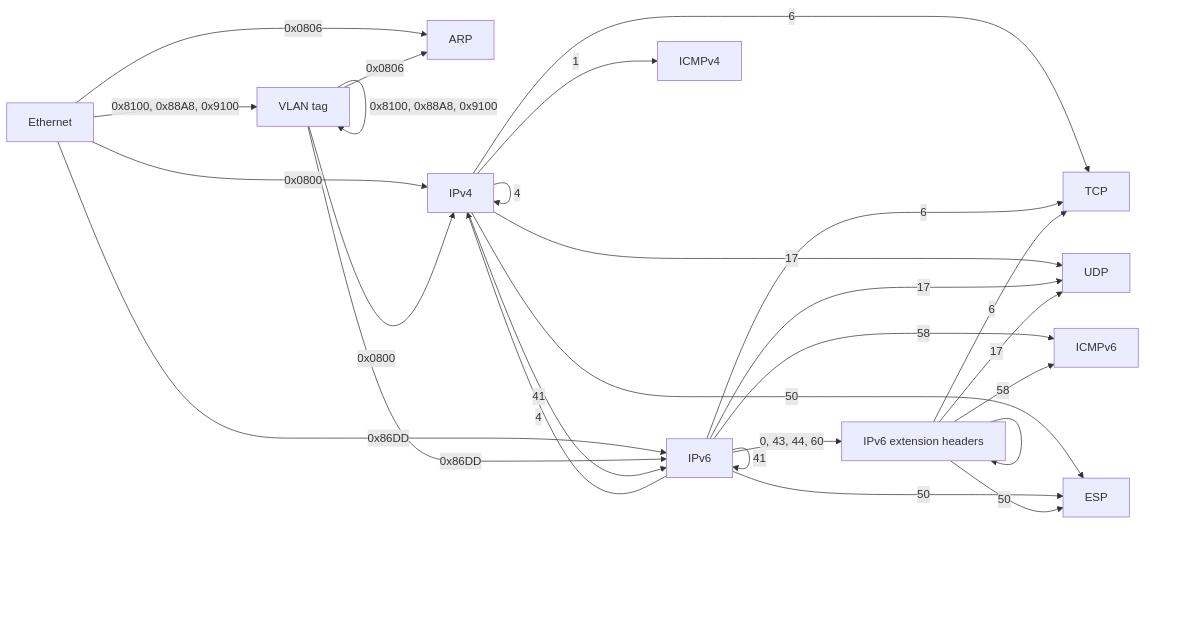
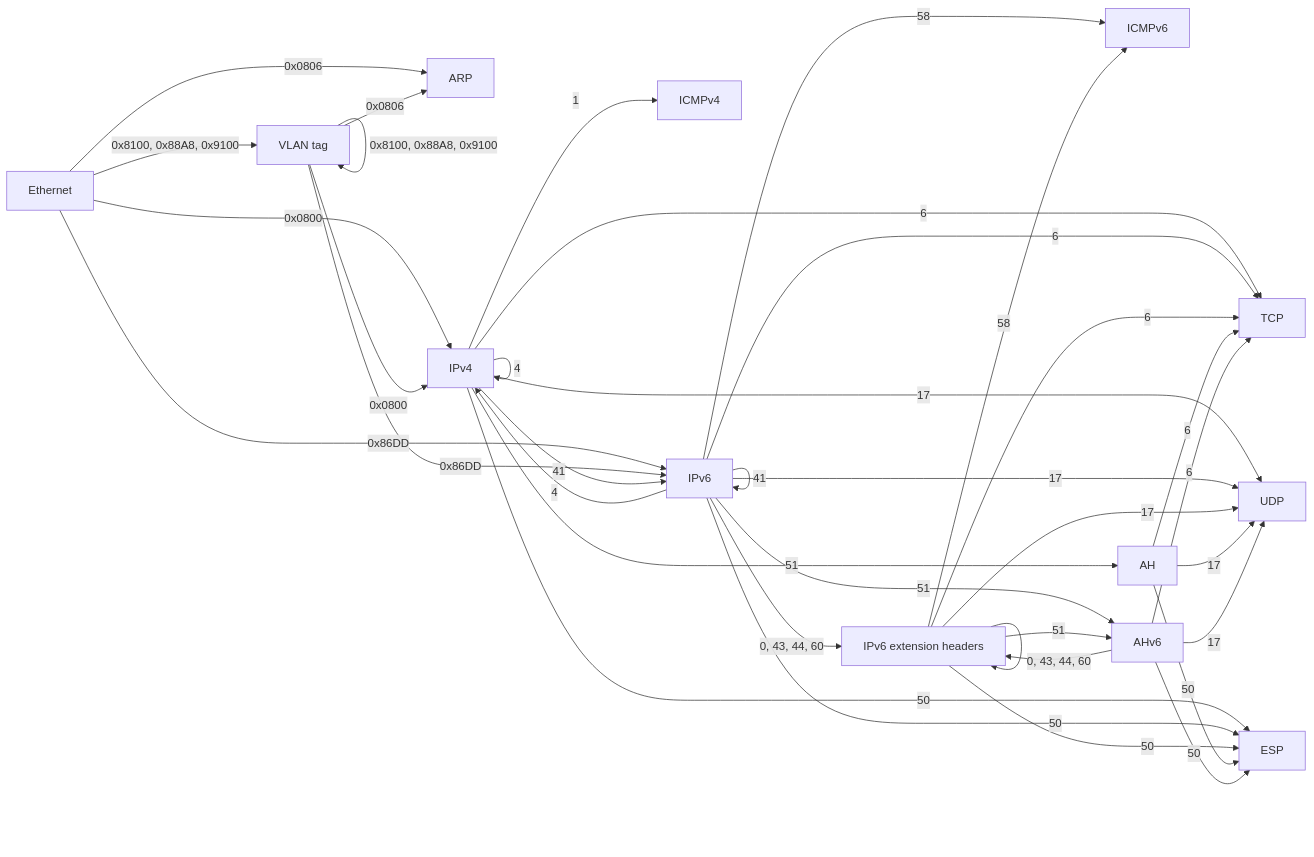
Before and after one commit to EONRaider/NETProtocols: the diagram in ARCHITECTURE.md, drawn with Mermaid. The commit also changed other lines of this file and 28 other files, not shown here.

````diff
--- a/ARCHITECTURE.md
+++ b/ARCHITECTURE.md
@@ -226,29 +226,39 @@
 ```mermaid
 flowchart LR
   E[Ethernet] -->|0x0806| A[ARP]
   E -->|0x0800| I4[IPv4]
   E -->|0x86DD| I6[IPv6]
   E -->|0x8100, 0x88A8, 0x9100| V[VLAN tag]
   V -->|0x8100, 0x88A8, 0x9100| V
   V -->|0x0806| A
   V -->|0x0800| I4
   V -->|0x86DD| I6
   I4 -->|1| IC4[ICMPv4]
   I4 -->|6| T[TCP]
   I4 -->|17| U[UDP]
   I6 -->|58| IC6[ICMPv6]
   I6 -->|6| T
   I6 -->|17| U
   I4 -->|4| I4
   I4 -->|41| I6
   I6 -->|4| I4
   I6 -->|41| I6
   I4 -->|50| ESP[ESP]
   I6 -->|50| ESP
   I6 -->|0, 43, 44, 60| X[IPv6 extension headers]
   X --> X
   X -->|58| IC6
   X -->|6| T
   X -->|17| U
   X -->|50| ESP
+  I4 -->|51| AH[AH]
+  AH -->|6| T
+  AH -->|17| U
+  AH -->|50| ESP
+  I6 -->|51| AH6[AHv6]
+  X -->|51| AH6
+  AH6 -->|0, 43, 44, 60| X
+  AH6 -->|6| T
+  AH6 -->|17| U
+  AH6 -->|50| ESP
 ```
````
